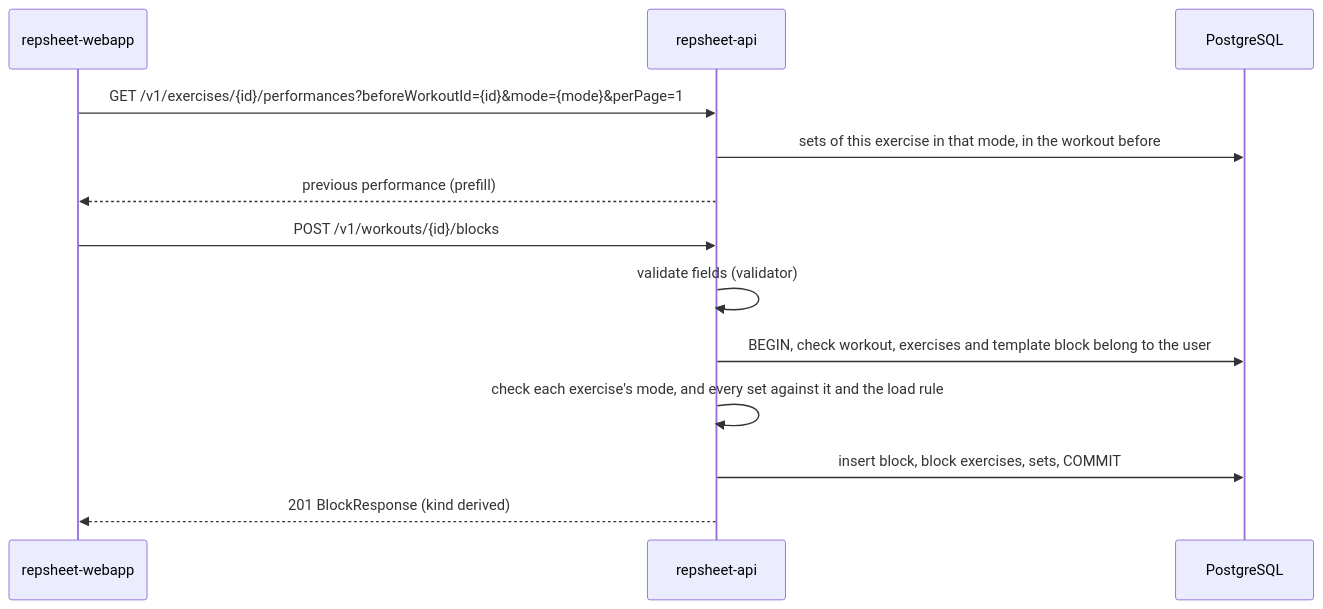
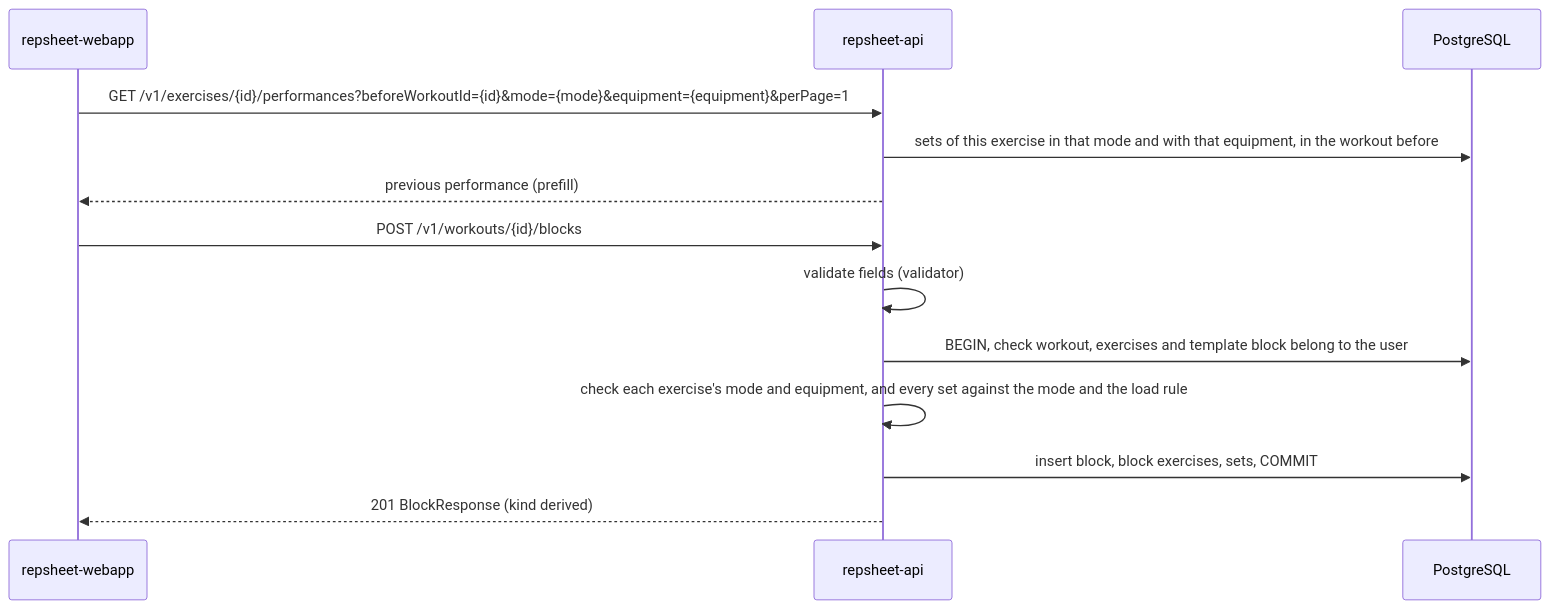
One commit to therealm-tech/repsheet changed the second of 3 diagrams in ARCHITECTURE.md. Above: the diagram before and after it, drawn with Mermaid. The commit also changed other lines of this file and 51 other files, not shown here.

````diff
--- a/ARCHITECTURE.md
+++ b/ARCHITECTURE.md
@@ -68,16 +68,16 @@
 ```mermaid
 sequenceDiagram
     participant W as repsheet-webapp
     participant A as repsheet-api
     participant P as PostgreSQL
 
-    W->>A: GET /v1/exercises/{id}/performances?beforeWorkoutId={id}&mode={mode}&perPage=1
-    A->>P: sets of this exercise in that mode, in the workout before
+    W->>A: GET /v1/exercises/{id}/performances?beforeWorkoutId={id}&mode={mode}&equipment={equipment}&perPage=1
+    A->>P: sets of this exercise in that mode and with that equipment, in the workout before
     A-->>W: previous performance (prefill)
     W->>A: POST /v1/workouts/{id}/blocks
     A->>A: validate fields (validator)
     A->>P: BEGIN, check workout, exercises and template block belong to the user
-    A->>A: check each exercise's mode, and every set against it and the load rule
+    A->>A: check each exercise's mode and equipment, and every set against the mode and the load rule
     A->>P: insert block, block exercises, sets, COMMIT
     A-->>W: 201 BlockResponse (kind derived)
 ```
````
